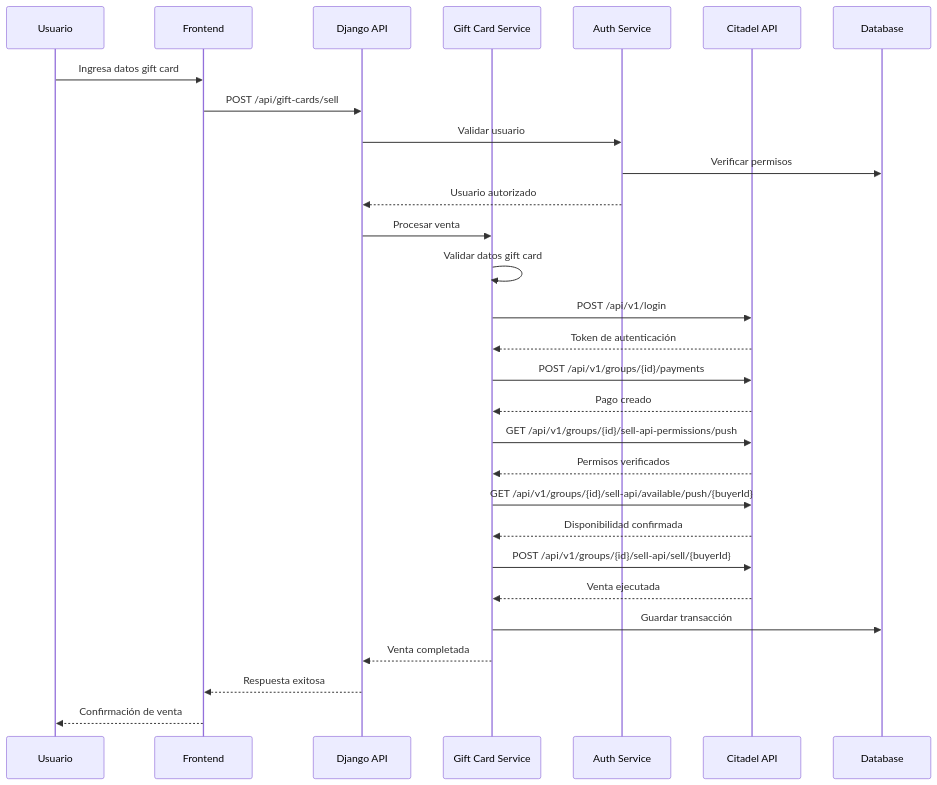
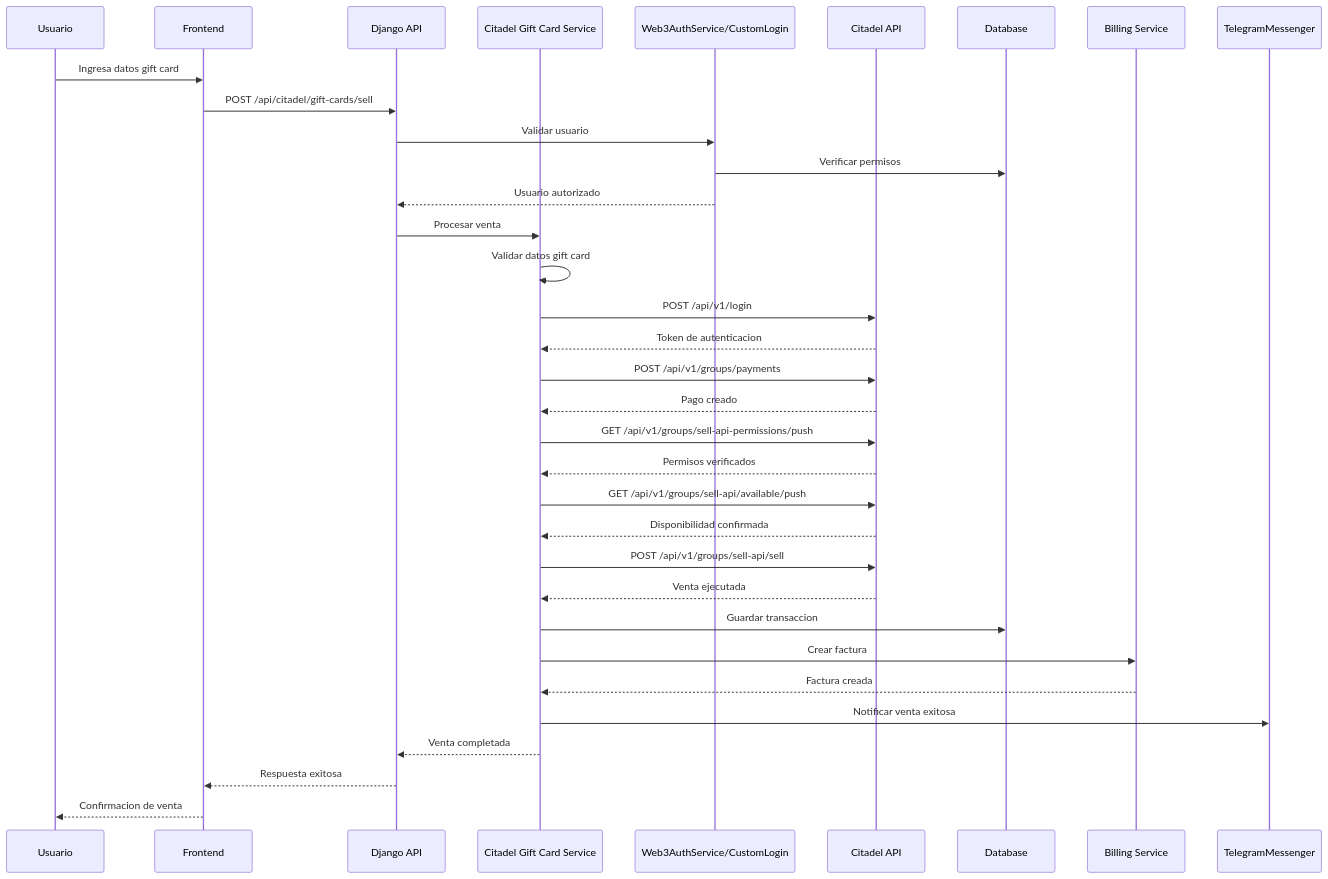
Before and after one commit to ShuGc/testEmployeeCrud: diagram 29 of 31 in README.md, drawn with Mermaid. The commit also changed other lines of this file, not shown here.

````diff
--- a/README.md
+++ b/README.md
@@ -1419,38 +1694,71 @@
-```mermaid
+::: mermaid
+
 sequenceDiagram
-    participant U as Usuario
-    participant F as Frontend
-    participant API as Django API
-    participant GC as Gift Card Service
-    participant Auth as Auth Service
-    participant C as Citadel API
-    participant DB as Database
-    
-    U->>F: Ingresa datos gift card
-    F->>API: POST /api/gift-cards/sell
-    API->>Auth: Validar usuario
-    Auth->>DB: Verificar permisos
-    Auth-->>API: Usuario autorizado
-    
-    API->>GC: Procesar venta
-    GC->>GC: Validar datos gift card
-    GC->>C: POST /api/v1/login
-    C-->>GC: Token de autenticación
-    
-    GC->>C: POST /api/v1/groups/{id}/payments
-    C-->>GC: Pago creado
-    
-    GC->>C: GET /api/v1/groups/{id}/sell-api-permissions/push
-    C-->>GC: Permisos verificados
-    
-    GC->>C: GET /api/v1/groups/{id}/sell-api/available/push/{buyerId}
-    C-->>GC: Disponibilidad confirmada
-    
-    GC->>C: POST /api/v1/groups/{id}/sell-api/sell/{buyerId}
-    C-->>GC: Venta ejecutada
-    
-    GC->>DB: Guardar transacción
-    GC-->>API: Venta completada
-    API-->>F: Respuesta exitosa
-    F-->>U: Confirmación de venta
-```
+
+participant U as Usuario
+
+participant F as Frontend
+
+participant API as Django API
+
+participant GC as Citadel Gift Card Service
+
+participant Auth as Web3AuthService/CustomLogin
+
+participant C as Citadel API
+
+participant DB as Database
+
+participant Billing as Billing Service
+
+participant Telegram as TelegramMessenger
+
+U->>F: Ingresa datos gift card
+
+F->>API: POST /api/citadel/gift-cards/sell
+
+API->>Auth: Validar usuario
+
+Auth->>DB: Verificar permisos
+
+Auth-->>API: Usuario autorizado
+
+API->>GC: Procesar venta
+
+GC->>GC: Validar datos gift card
+
+GC->>C: POST /api/v1/login
+
+C-->>GC: Token de autenticacion
+
+GC->>C: POST /api/v1/groups/payments
+
+C-->>GC: Pago creado
+
+GC->>C: GET /api/v1/groups/sell-api-permissions/push
+
+C-->>GC: Permisos verificados
+
+GC->>C: GET /api/v1/groups/sell-api/available/push
+
+C-->>GC: Disponibilidad confirmada
+
+GC->>C: POST /api/v1/groups/sell-api/sell
+
+C-->>GC: Venta ejecutada
+
+GC->>DB: Guardar transaccion
+
+GC->>Billing: Crear factura
+
+Billing-->>GC: Factura creada
+
+GC->>Telegram: Notificar venta exitosa
+
+GC-->>API: Venta completada
+
+API-->>F: Respuesta exitosa
+
+F-->>U: Confirmacion de venta
+
+:::
````
